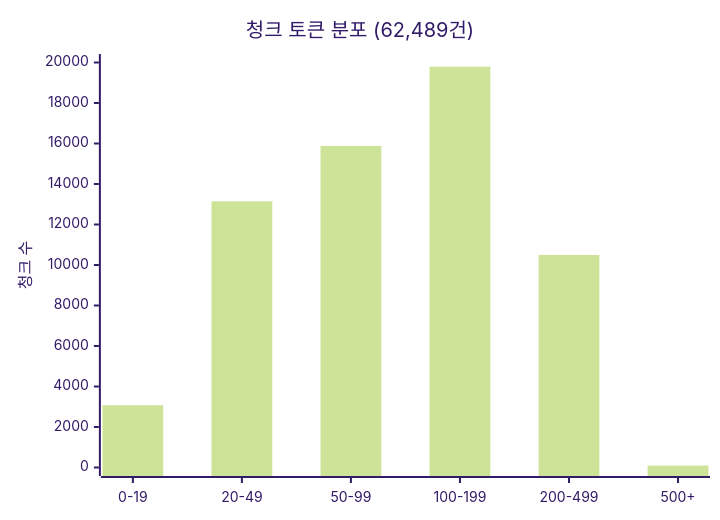
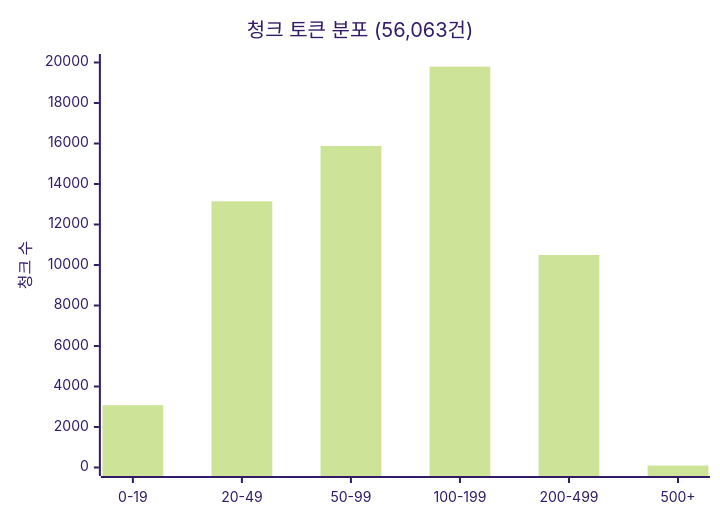
Before and after one commit to k82022603/hybrid-rag-knowledge-ops: the fifth of 11 diagrams in knowledge_service/docs/07_maintenance/28_etl_phase1_final_report.md, drawn with Mermaid (forest theme). The commit also changed other lines of this file and 4 other files, not shown here.

````diff
--- a/knowledge_service/docs/07_maintenance/28_etl_phase1_final_report.md
+++ b/knowledge_service/docs/07_maintenance/28_etl_phase1_final_report.md
@@ -196,7 +196,7 @@
 ```mermaid
 xychart-beta
-    title "청크 토큰 분포 (62,489건)"
+    title "청크 토큰 분포 (56,063건)"
     x-axis ["0-19", "20-49", "50-99", "100-199", "200-499", "500+"]
     y-axis "청크 수" 0 --> 20000
     bar [3077, 13146, 15880, 19794, 10496, 96]
 ```
````
